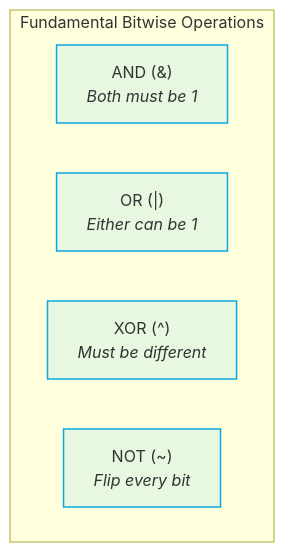
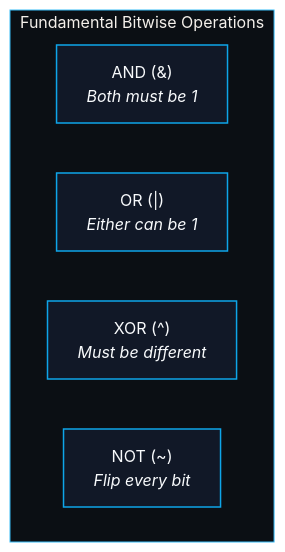
One commit to abhinavbharti2345/CS_Notes changed the diagram in CS/DSA/04. Bit Manipulation/01. Bitwise Operators.md. Above: the diagram before and after it, drawn with Mermaid. The commit also changed other lines of this file and 195 other files, not shown here.

````diff
--- a/CS/DSA/04. Bit Manipulation/01. Bitwise Operators.md
+++ b/CS/DSA/04. Bit Manipulation/01. Bitwise Operators.md
@@ -24,13 +24,14 @@
 ```mermaid
+%%{init: {'theme': 'base', 'themeVariables': { 'darkMode': true, 'background': '#0B0F14', 'mainBkg': '#111827', 'primaryColor': '#111827', 'primaryTextColor': '#F8FAFC', 'primaryBorderColor': '#38BDF8', 'lineColor': '#64748B', 'secondaryColor': '#0B0F14', 'tertiaryColor': '#0B0F14', 'clusterBkg': '#0B0F14', 'clusterBorder': '#38BDF8' }}}%%
 flowchart TD
     subgraph Ops ["Fundamental Bitwise Operations"]
         direction LR
         A["AND (&)<br/><i>Both must be 1</i>"]
         B["OR (|)<br/><i>Either can be 1</i>"]
         C["XOR (^)<br/><i>Must be different</i>"]
         D["NOT (~)<br/><i>Flip every bit</i>"]
     end
 
-    classDef opCard fill:#0ea5e918,stroke:#0ea5e9,stroke-width:1.5px;
+    classDef opCard fill:#111827,stroke:#0ea5e9,stroke-width:1.5px,color:#F8FAFC;
     class A,B,C,D opCard;
 ```
````
